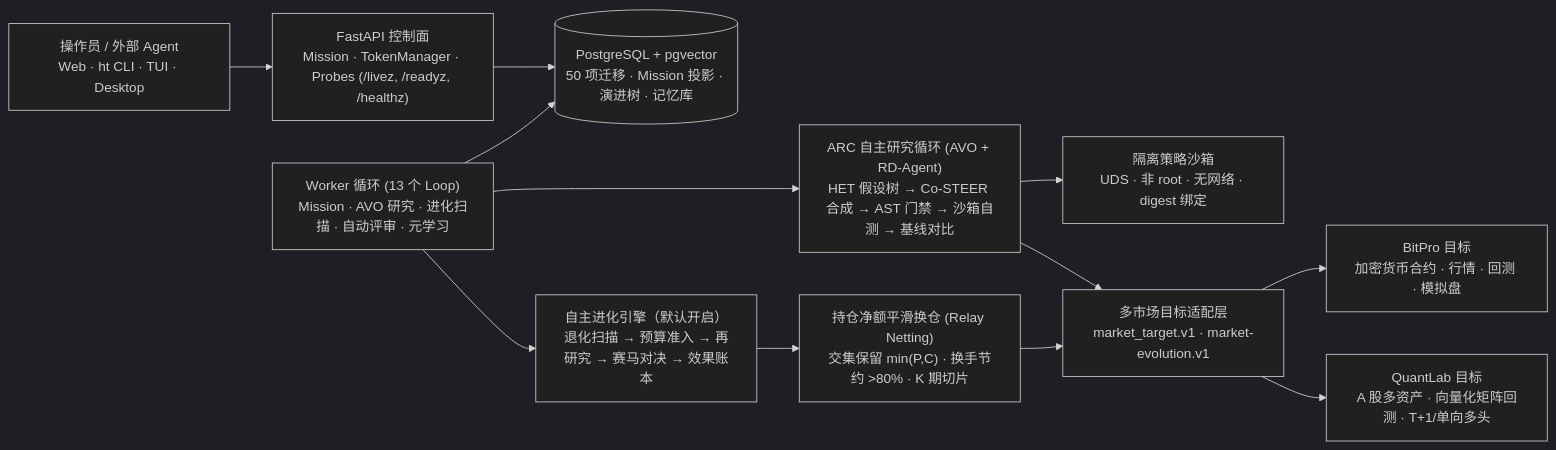
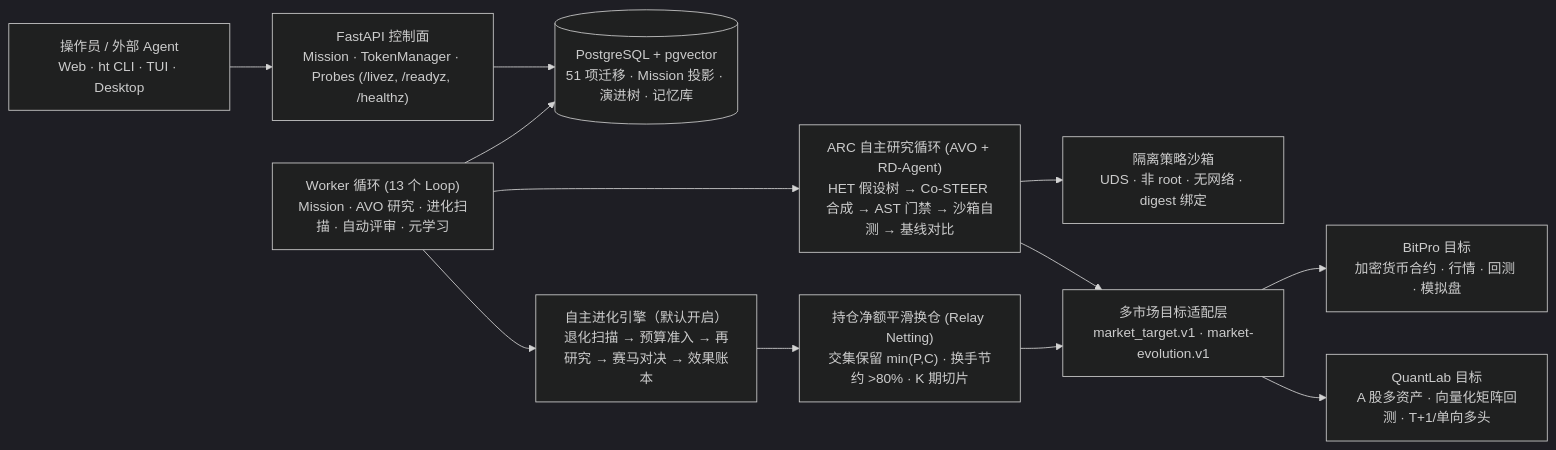
One commit to Shadowell/HyperTrade changed the first of 2 diagrams in README.zh-CN.md. Above: the diagram before and after it, drawn with Mermaid (dark theme). The commit also changed other lines of this file and 7 other files, not shown here.

````diff
--- a/README.zh-CN.md
+++ b/README.zh-CN.md
@@ -55,14 +55,14 @@
 ```mermaid
 flowchart LR
   Op["操作员 / 外部 Agent<br/>Web · ht CLI · TUI · Desktop"] --> API["FastAPI 控制面<br/>Mission · TokenManager · Probes (/livez, /readyz, /healthz)"]
-  API --> DB[("PostgreSQL + pgvector<br/>50 项迁移 · Mission 投影 · 演进树 · 记忆库")]
+  API --> DB[("PostgreSQL + pgvector<br/>51 项迁移 · Mission 投影 · 演进树 · 记忆库")]
   Worker["Worker 循环 (13 个 Loop)<br/>Mission · AVO 研究 · 进化扫描 · 自动评审 · 元学习"] --> DB
   Worker --> Research["ARC 自主研究循环 (AVO + RD-Agent)<br/>HET 假设树 → Co-STEER 合成 → AST 门禁 → 沙箱自测 → 基线对比"]
   Worker --> Evolution["自主进化引擎（默认开启）<br/>退化扫描 → 预算准入 → 再研究 → 赛马对决 → 效果账本"]
   Research --> Sandbox["隔离策略沙箱<br/>UDS · 非 root · 无网络 · digest 绑定"]
   Research --> Targets["多市场目标适配层<br/>market_target.v1 · market-evolution.v1"]
   Evolution --> Relay["持仓净额平滑换仓 (Relay Netting)<br/>交集保留 min(P,C) · 换手节约 >80% · K 期切片"]
   Relay --> Targets
   Targets --> BitPro["BitPro 目标<br/>加密货币合约 · 行情 · 回测 · 模拟盘"]
   Targets --> QuantLab["QuantLab 目标<br/>A 股多资产 · 向量化矩阵回测 · T+1/单向多头"]
 ```
````
